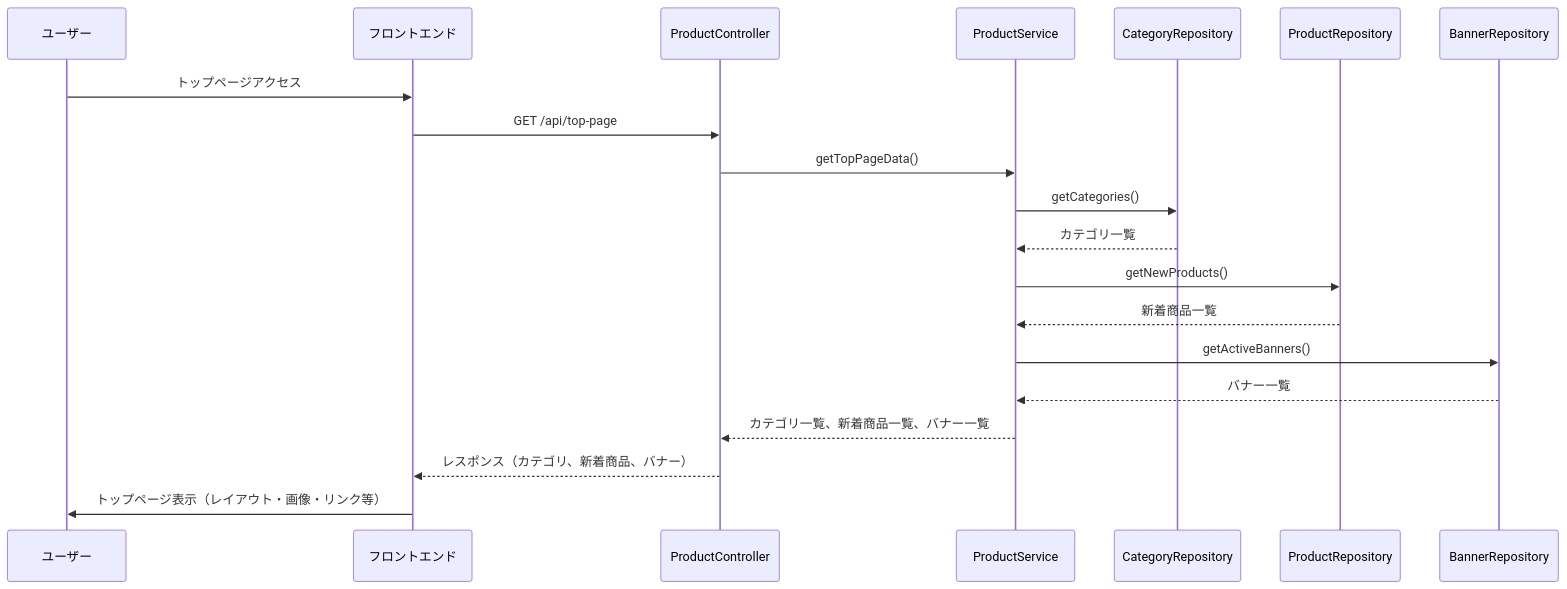
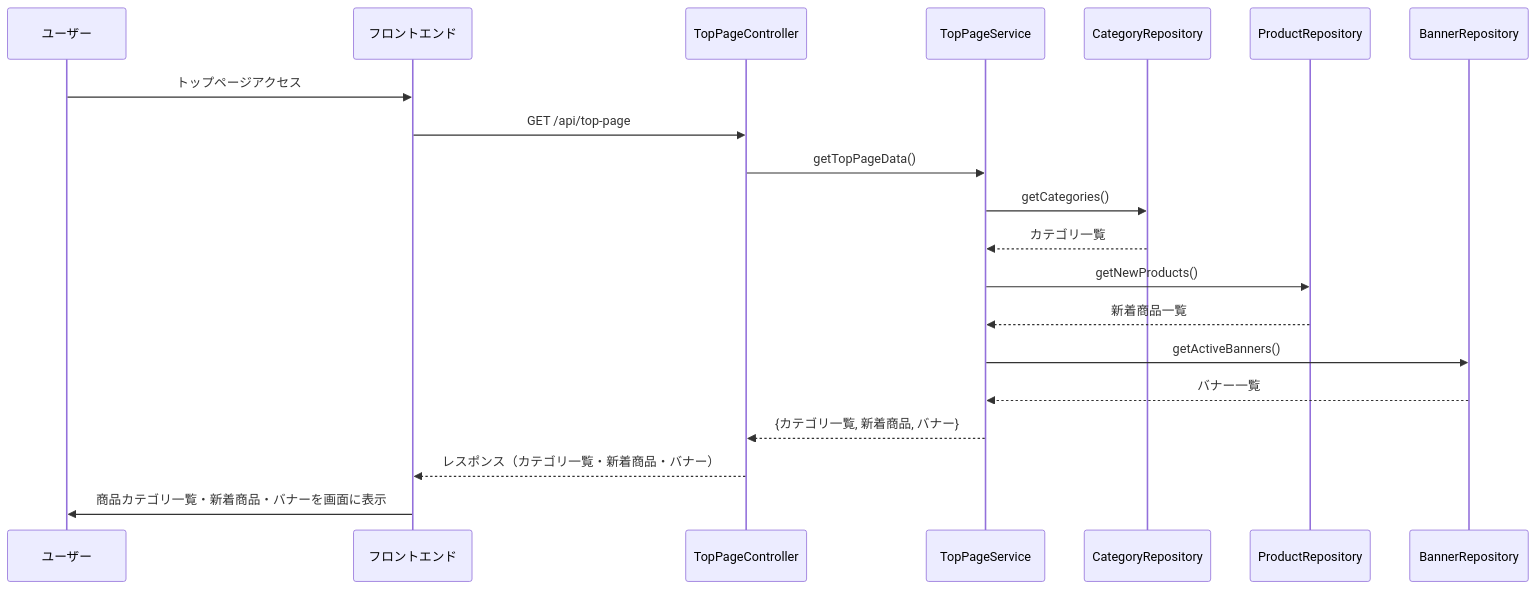
The first of 32 diagrams in 詳細設計/担当B_村田/3.2 機能詳細.md (Aoi-Yaegashi/teamF), drawn with Mermaid before and after one commit. The commit also changed other lines of this file and 1 other file, not shown here.

Commit message:
必須機能のシーケンス図更新

```diff
--- a/詳細設計/担当B_村田/3.2 機能詳細.md
+++ b/詳細設計/担当B_村田/3.2 機能詳細.md
@@ -7,34 +7,40 @@
    <div class="mermaid">
    sequenceDiagram
     participant User as ユーザー
     participant FE as フロントエンド
-    participant TC as ProductController
-    participant TS as ProductService
+    participant TPC as TopPageController
+    participant TPS as TopPageService
     participant CatRepo as CategoryRepository
     participant ProdRepo as ProductRepository
     participant BanRepo as BannerRepository
 
+    %% ユーザーがトップページにアクセス
     User->>FE: トップページアクセス
-    FE->>TC: GET /api/top-page
 
-    %% カテゴリ一覧取得
-    TC->>TS: getTopPageData()
-    TS->>CatRepo: getCategories()
-    CatRepo-->>TS: カテゴリ一覧
+    %% フロントエンドがAPI呼び出し
+    FE->>TPC: GET /api/top-page
 
-    %% 新着商品取得（任意）
-    TS->>ProdRepo: getNewProducts()
-    ProdRepo-->>TS: 新着商品一覧
+    %% コントローラがサービスに処理を依頼
+    TPC->>TPS: getTopPageData()
 
-    %% バナー取得（任意）
-    TS->>BanRepo: getActiveBanners()
-    BanRepo-->>TS: バナー一覧
+    %% サービスがカテゴリ一覧を取得
+    TPS->>CatRepo: getCategories()
+    CatRepo-->>TPS: カテゴリ一覧
 
-    %% サービスからコントローラへ
-    TS-->>TC: カテゴリ一覧、新着商品一覧、バナー一覧
+    %% サービスが新着商品を取得（任意）
+    TPS->>ProdRepo: getNewProducts()
+    ProdRepo-->>TPS: 新着商品一覧
 
-    %% コントローラからフロントエンドへ
-    TC-->>FE: レスポンス（カテゴリ、新着商品、バナー）
+    %% サービスがバナーを取得（任意）
+    TPS->>BanRepo: getActiveBanners()
+    BanRepo-->>TPS: バナー一覧
 
-    FE->>User: トップページ表示（レイアウト・画像・リンク等）
+    %% サービスがデータをまとめてコントローラに返却
+    TPS-->>TPC: {カテゴリ一覧, 新着商品, バナー}
+
+    %% コントローラがフロントエンドにレスポンス
+    TPC-->>FE: レスポンス（カテゴリ一覧・新着商品・バナー）
+
+    %% フロントエンドが画面に反映
+    FE->>User: 商品カテゴリ一覧・新着商品・バナーを画面に表示
 </div>
```
